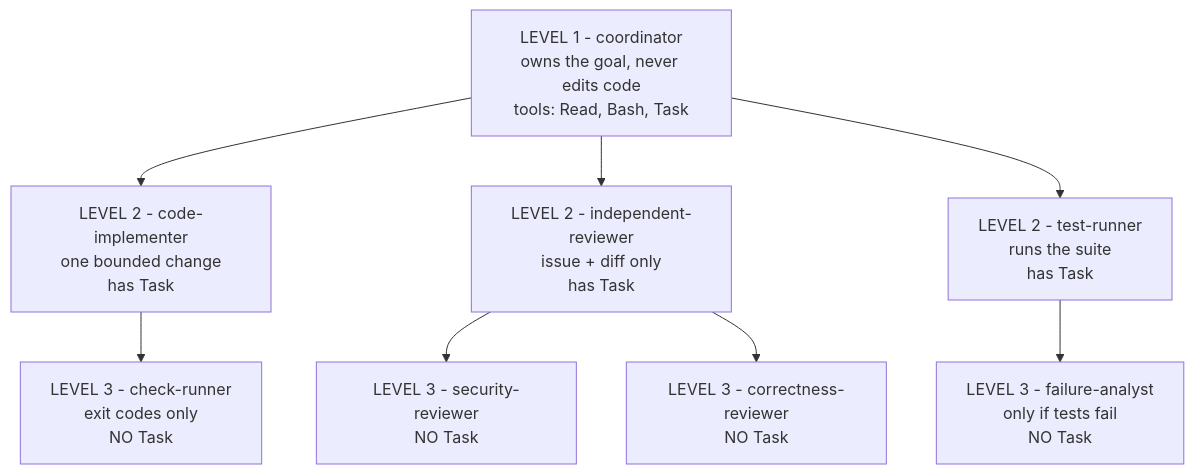
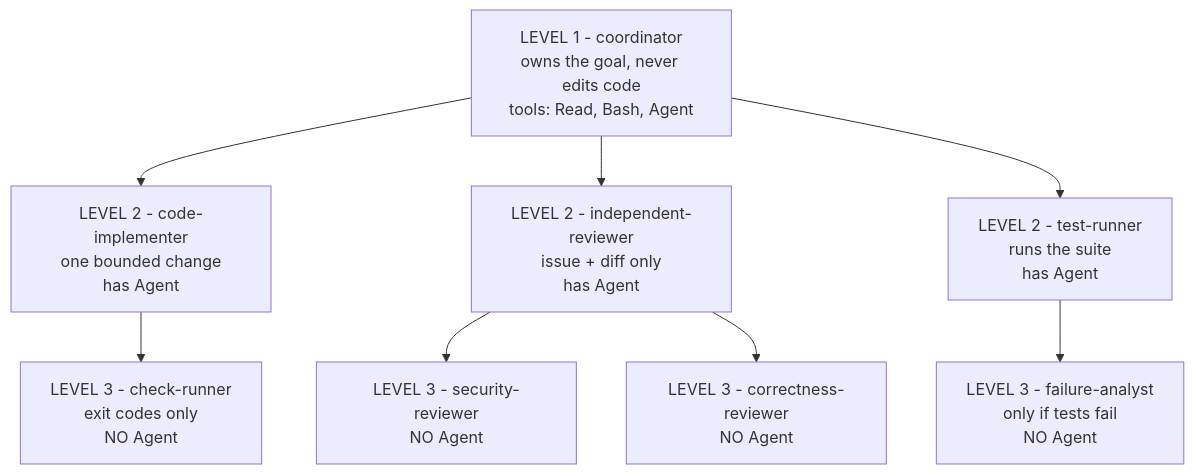
The first of 7 diagrams in tutorials/nested-subagents-claude-code/LESSON.md (owainlewis/youtube-tutorials), drawn with Mermaid before and after one commit. The commit also changed other lines of this file and 17 other files, not shown here.

````diff
--- a/tutorials/nested-subagents-claude-code/LESSON.md
+++ b/tutorials/nested-subagents-claude-code/LESSON.md
@@ -39,13 +55,13 @@
 ```mermaid
 graph TD
-    C["LEVEL 1 - coordinator<br/>owns the goal, never edits code<br/>tools: Read, Bash, Task"]
+    C["LEVEL 1 - coordinator<br/>owns the goal, never edits code<br/>tools: Read, Bash, Agent"]
 
-    C --> I["LEVEL 2 - code-implementer<br/>one bounded change<br/>has Task"]
-    C --> R["LEVEL 2 - independent-reviewer<br/>issue + diff only<br/>has Task"]
-    C --> T["LEVEL 2 - test-runner<br/>runs the suite<br/>has Task"]
+    C --> I["LEVEL 2 - code-implementer<br/>one bounded change<br/>has Agent"]
+    C --> R["LEVEL 2 - independent-reviewer<br/>issue + diff only<br/>has Agent"]
+    C --> T["LEVEL 2 - test-runner<br/>runs the suite<br/>has Agent"]
 
-    I --> CK["LEVEL 3 - check-runner<br/>exit codes only<br/>NO Task"]
-    R --> S["LEVEL 3 - security-reviewer<br/>NO Task"]
-    R --> CO["LEVEL 3 - correctness-reviewer<br/>NO Task"]
-    T --> F["LEVEL 3 - failure-analyst<br/>only if tests fail<br/>NO Task"]
+    I --> CK["LEVEL 3 - check-runner<br/>exit codes only<br/>NO Agent"]
+    R --> S["LEVEL 3 - security-reviewer<br/>NO Agent"]
+    R --> CO["LEVEL 3 - correctness-reviewer<br/>NO Agent"]
+    T --> F["LEVEL 3 - failure-analyst<br/>only if tests fail<br/>NO Agent"]
 ```
````
